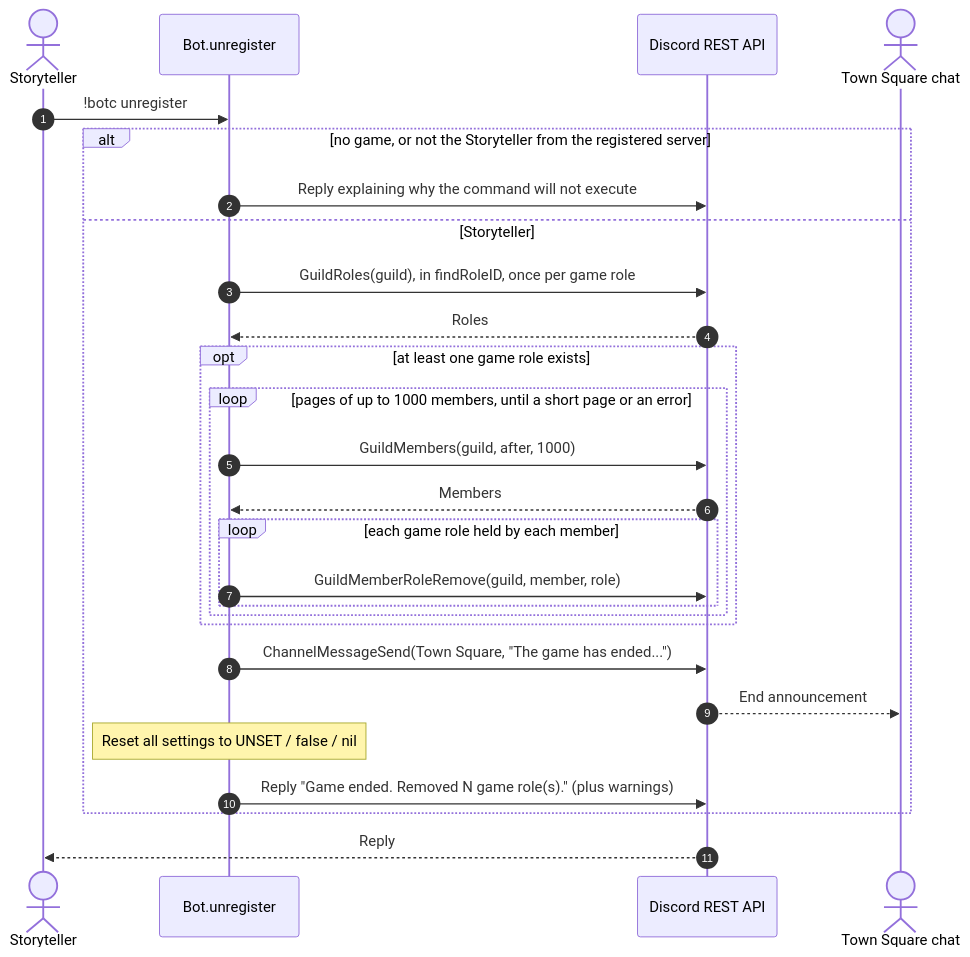
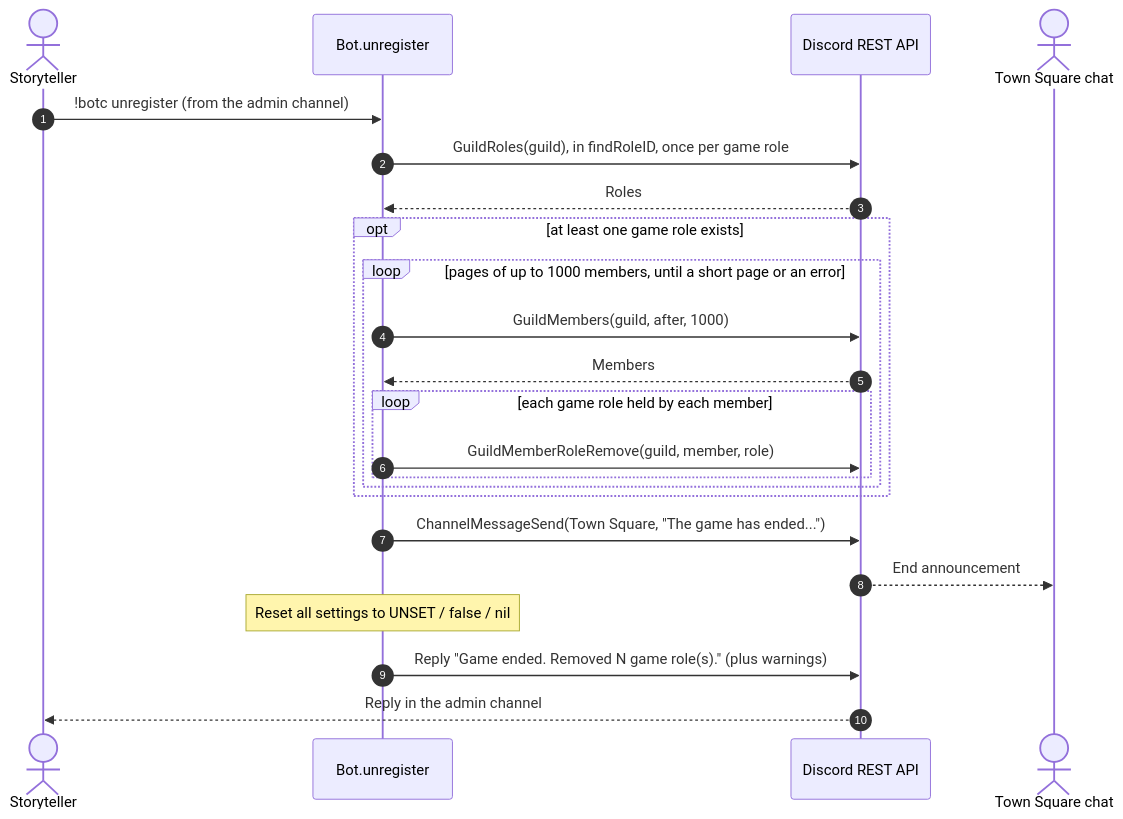
The fourth of 6 diagrams in docs/uml/game-lifecycle.md (RAGNOARAKNOS/BotOnTheClocktower), drawn with Mermaid before and after one commit. The commit also changed other lines of this file and 18 other files, not shown here.

First line of the commit message:
Update command access rules and behaviour for game commands

````diff
--- a/docs/uml/game-lifecycle.md
+++ b/docs/uml/game-lifecycle.md
@@ -99,30 +95,26 @@
 ```mermaid
 sequenceDiagram
     autonumber
     actor ST as Storyteller
     participant Bot as Bot.unregister
     participant REST as Discord REST API
     actor Town as Town Square chat
 
-    ST->>Bot: !botc unregister
-    alt no game, or not the Storyteller from the registered server
-        Bot->>REST: Reply explaining why the command will not execute
-    else Storyteller
-        Bot->>REST: GuildRoles(guild), in findRoleID, once per game role
-        REST-->>Bot: Roles
-        opt at least one game role exists
-            loop pages of up to 1000 members, until a short page or an error
-                Bot->>REST: GuildMembers(guild, after, 1000)
-                REST-->>Bot: Members
-                loop each game role held by each member
-                    Bot->>REST: GuildMemberRoleRemove(guild, member, role)
-                end
+    ST->>Bot: !botc unregister (from the admin channel)
+    Bot->>REST: GuildRoles(guild), in findRoleID, once per game role
+    REST-->>Bot: Roles
+    opt at least one game role exists
+        loop pages of up to 1000 members, until a short page or an error
+            Bot->>REST: GuildMembers(guild, after, 1000)
+            REST-->>Bot: Members
+            loop each game role held by each member
+                Bot->>REST: GuildMemberRoleRemove(guild, member, role)
             end
         end
-        Bot->>REST: ChannelMessageSend(Town Square, "The game has ended...")
-        REST-->>Town: End announcement
-        Note over Bot: Reset all settings to UNSET / false / nil
-        Bot->>REST: Reply "Game ended. Removed N game role(s)." (plus warnings)
     end
-    REST-->>ST: Reply
+    Bot->>REST: ChannelMessageSend(Town Square, "The game has ended...")
+    REST-->>Town: End announcement
+    Note over Bot: Reset all settings to UNSET / false / nil
+    Bot->>REST: Reply "Game ended. Removed N game role(s)." (plus warnings)
+    REST-->>ST: Reply in the admin channel
 ```
````
